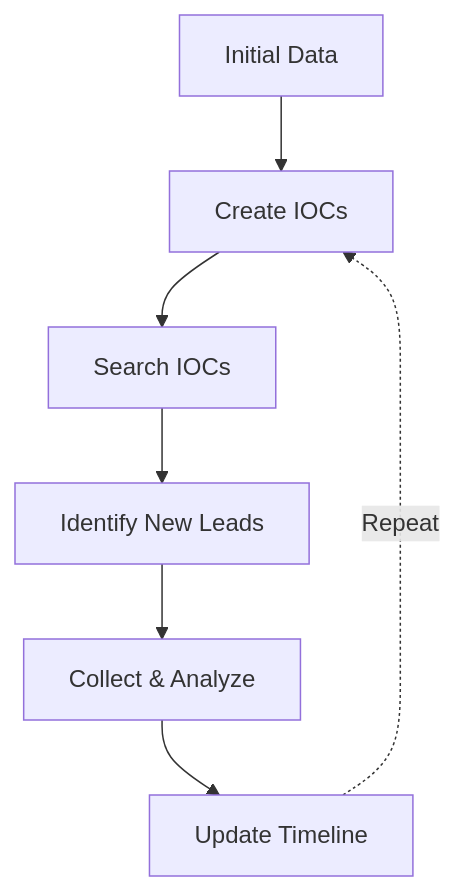
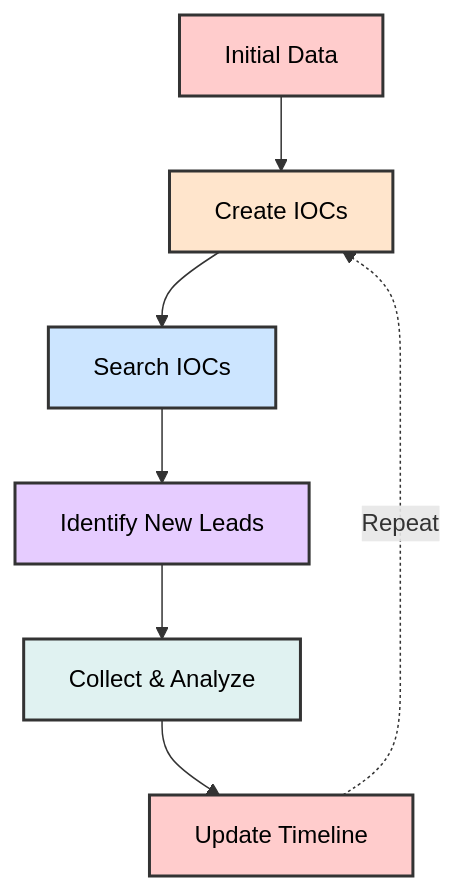
Diagram 19 of 29 in 1-Incident-Handling-Process/README.md (manojxshrestha/SOC-Analyst-Cheatsheet), drawn with Mermaid before and after one commit. The commit also changed other lines of this file, not shown here.

Commit message:
Fix mermaid diagrams in Module 1 - add pastel backgrounds and proper formatting

````diff
--- a/1-Incident-Handling-Process/README.md
+++ b/1-Incident-Handling-Process/README.md
@@ -589,9 +711,16 @@
 ```mermaid
 graph TD
-    A[Initial Data] --> B[Create IOCs]
-    B --> C[Search IOCs]
-    C --> D[Identify New Leads]
-    D --> E[Collect & Analyze]
-    E --> F[Update Timeline]
+    A["Initial Data"] --> B["Create IOCs"]
+    B --> C["Search IOCs"]
+    C --> D["Identify New Leads"]
+    D --> E["Collect & Analyze"]
+    E --> F["Update Timeline"]
     F -.->|Repeat| B
+    
+    style A fill:#ffcccc,stroke:#333,stroke-width:2px,color:#000
+    style B fill:#ffe5cc,stroke:#333,stroke-width:2px,color:#000
+    style C fill:#cce5ff,stroke:#333,stroke-width:2px,color:#000
+    style D fill:#e6ccff,stroke:#333,stroke-width:2px,color:#000
+    style E fill:#e0f2f1,stroke:#333,stroke-width:2px,color:#000
+    style F fill:#ffcccc,stroke:#333,stroke-width:2px,color:#000
 ```
````
